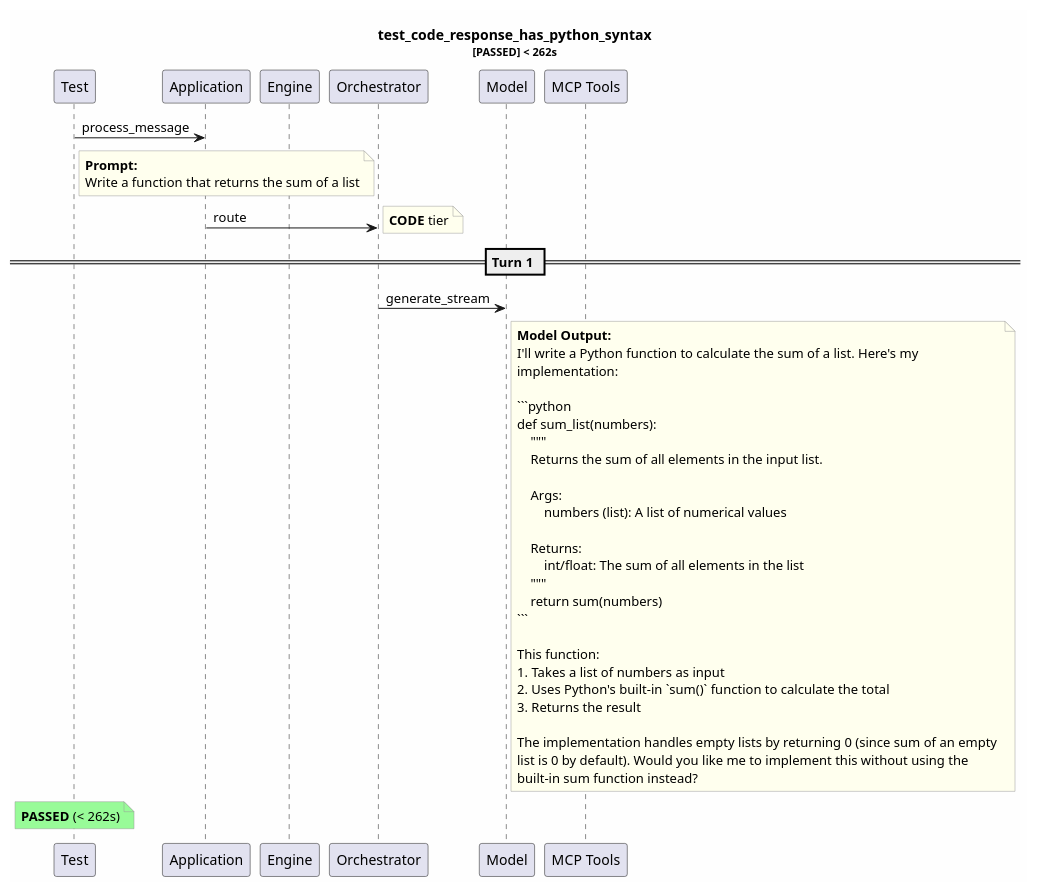
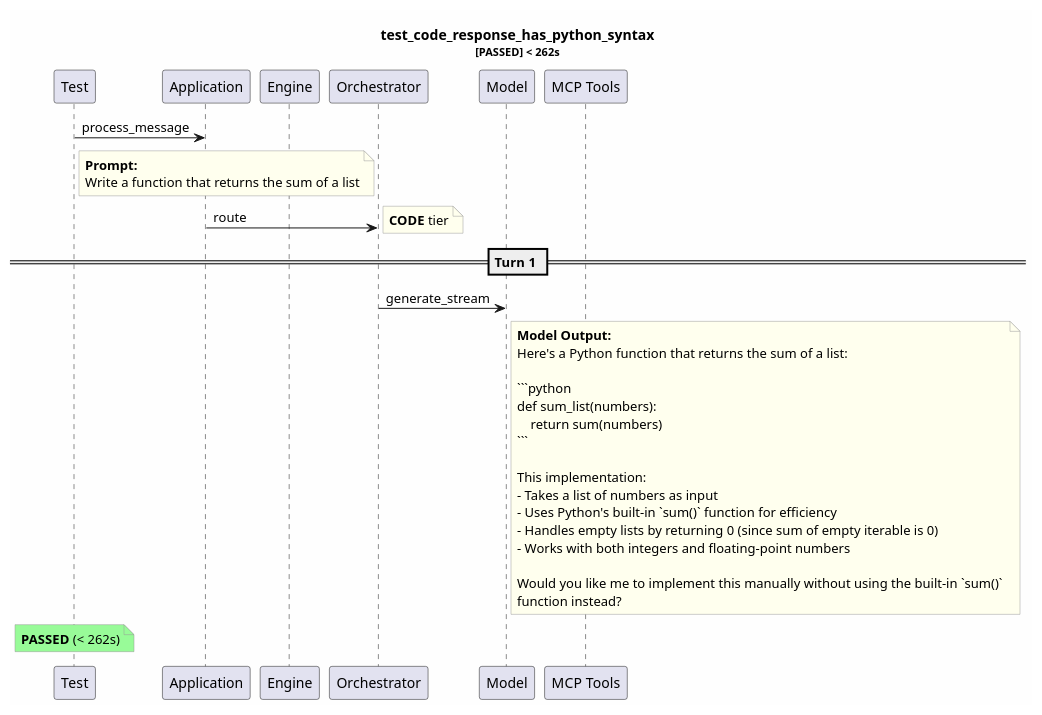
One commit to tvanfossen/entropic changed the diagram in test-reports/logs/test_code_response_has_python_syntax/test_code_response_has_python_syntax.puml. Above: the diagram before and after it, drawn with PlantUML. The commit also changed 56 other files, not shown here.

````diff
--- a/test-reports/logs/test_code_response_has_python_syntax/test_code_response_has_python_syntax.puml
+++ b/test-reports/logs/test_code_response_has_python_syntax/test_code_response_has_python_syntax.puml
@@ -1,55 +1,45 @@
 @startuml
 skinparam backgroundColor #FEFEFE
 skinparam noteBorderColor #999999
 skinparam noteBackgroundColor #FFFFEE
 title test_code_response_has_python_syntax\n<size:11>[PASSED] < 262s</size>
 
 participant "Test" as T
 participant "Application" as App
 participant "Engine" as Eng
 participant "Orchestrator" as Orch
 participant "Model" as Mdl
 participant "MCP Tools" as MCP
 
 T -> App: process_message
 note right of T
   **Prompt:**
   Write a function that returns the sum of a list
 end note
 App -> Orch: route
 note right: **CODE** tier
 == Turn 1 ==
 Orch -> Mdl: generate_stream
 note right of Mdl
   **Model Output:**
-  I'll write a Python function to calculate the sum of a list. Here's my 
-  implementation:
+  Here's a Python function that returns the sum of a list:
   
   ```python
   def sum_list(numbers):
-      """
-      Returns the sum of all elements in the input list.
-      
-      Args:
-          numbers (list): A list of numerical values
-          
-      Returns:
-          int/float: The sum of all elements in the list
-      """
       return sum(numbers)
   ```
   
-  This function:
-  1. Takes a list of numbers as input
-  2. Uses Python's built-in `sum()` function to calculate the total
-  3. Returns the result
+  This implementation:
+  - Takes a list of numbers as input
+  - Uses Python's built-in `sum()` function for efficiency
+  - Handles empty lists by returning 0 (since sum of empty iterable is 0)
+  - Works with both integers and floating-point numbers
   
-  The implementation handles empty lists by returning 0 (since sum of an empty 
-  list is 0 by default). Would you like me to implement this without using the 
-  built-in sum function instead?
+  Would you like me to implement this manually without using the built-in `sum()` 
+  function instead?
 end note
 note over T #palegreen
   **PASSED** (< 262s)
 end note
 
 @enduml
````
